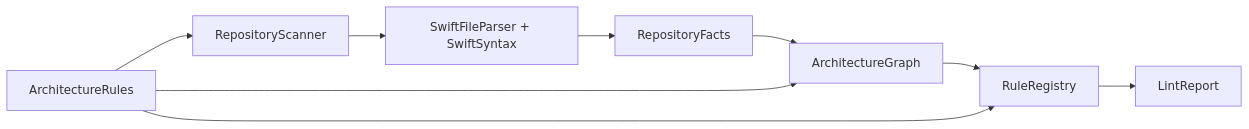
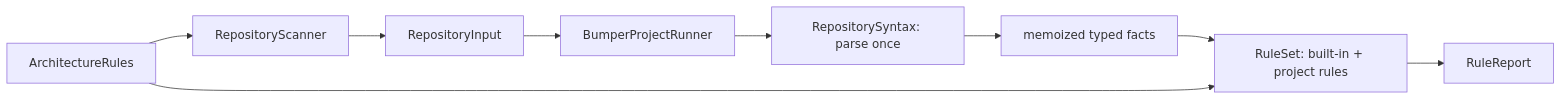
One commit to RoyalPineapple/BumperBowling changed the first of 9 diagrams in docs/ARCHITECTURE_SNAPSHOT.md. Above: the diagram before and after it, drawn with Mermaid. The commit also changed other lines of this file and 54 other files, not shown here.

First line of the commit message:
Open shaper architecture: BumperProject, one engine, one runner (0.5.0) (#39)

````diff
--- a/docs/ARCHITECTURE_SNAPSHOT.md
+++ b/docs/ARCHITECTURE_SNAPSHOT.md
@@ -17,11 +17,11 @@
 ```mermaid
 flowchart LR
     Config["ArchitectureRules"] --> Scanner["RepositoryScanner"]
-    Scanner --> SwiftSyntax["SwiftFileParser + SwiftSyntax"]
-    SwiftSyntax --> Facts["RepositoryFacts"]
-    Facts --> Graph["ArchitectureGraph"]
-    Config --> Graph
-    Graph --> Rules["RuleRegistry"]
+    Scanner --> Input["RepositoryInput"]
+    Input --> Runner["BumperProjectRunner"]
+    Runner --> Syntax["RepositorySyntax: parse once"]
+    Syntax --> Facts["memoized typed facts"]
+    Facts --> Rules["RuleSet: built-in + project rules"]
     Config --> Rules
-    Rules --> Report["LintReport"]
+    Rules --> Report["RuleReport"]
 ```
````
